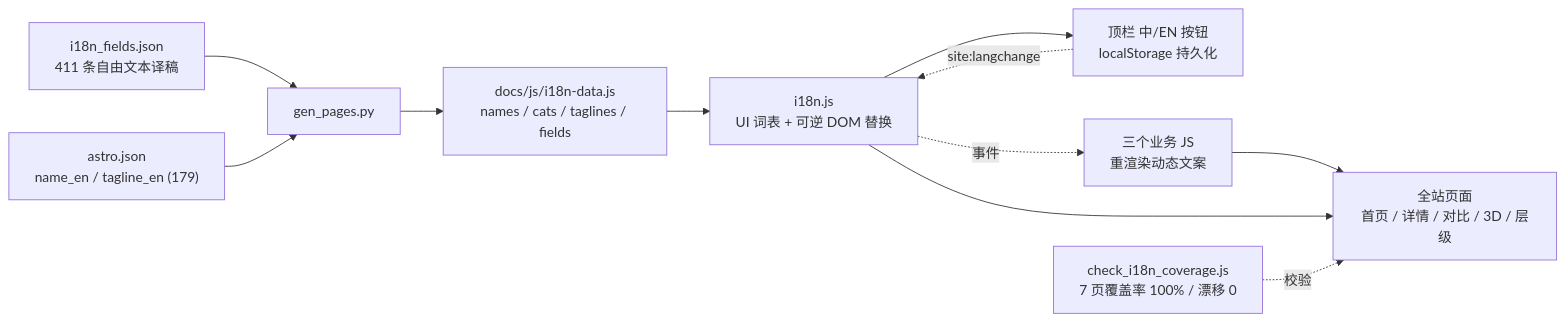
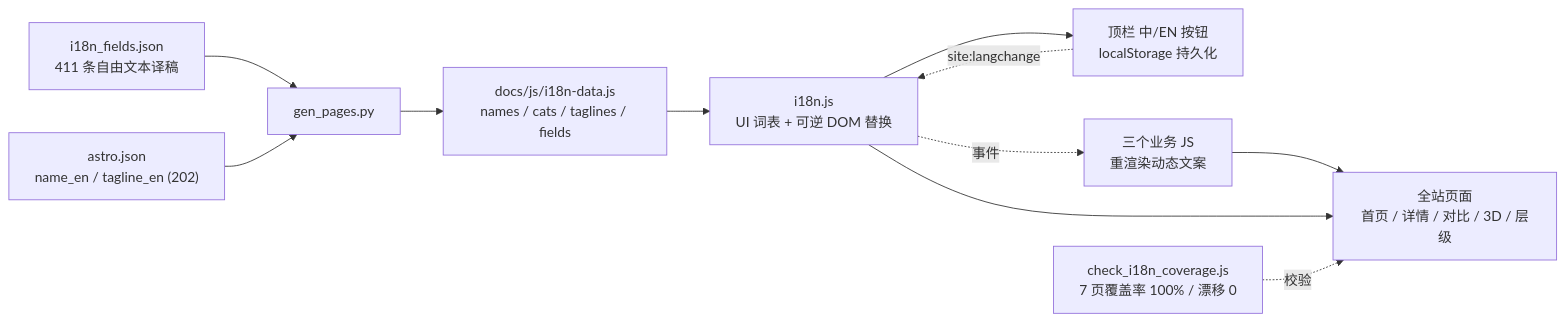
Before and after one commit to yufengwolf/astro-blog: the third of 3 diagrams in README.md, drawn with Mermaid. The commit also changed other lines of this file and 239 other files, not shown here.

````diff
--- a/README.md
+++ b/README.md
@@ -274,13 +274,13 @@
 ```mermaid
 flowchart LR
     FE["i18n_fields.json<br/>411 条自由文本译稿"] --> GP
-    AS["astro.json<br/>name_en / tagline_en (179)"] --> GP["gen_pages.py"]
+    AS["astro.json<br/>name_en / tagline_en (202)"] --> GP["gen_pages.py"]
     GP --> ID["docs/js/i18n-data.js<br/>names / cats / taglines / fields"]
     ID --> RT["i18n.js<br/>UI 词表 + 可逆 DOM 替换"]
     RT --> HDR["顶栏 中/EN 按钮<br/>localStorage 持久化"]
     HDR -. site:langchange .-> RT
     RT -. 事件 .-> BIZ["三个业务 JS<br/>重渲染动态文案"]
     BIZ --> PG["全站页面<br/>首页 / 详情 / 对比 / 3D / 层级"]
     RT --> PG
     CV["check_i18n_coverage.js<br/>7 页覆盖率 100% / 漂移 0"] -.校验.-> PG
 ```
````
